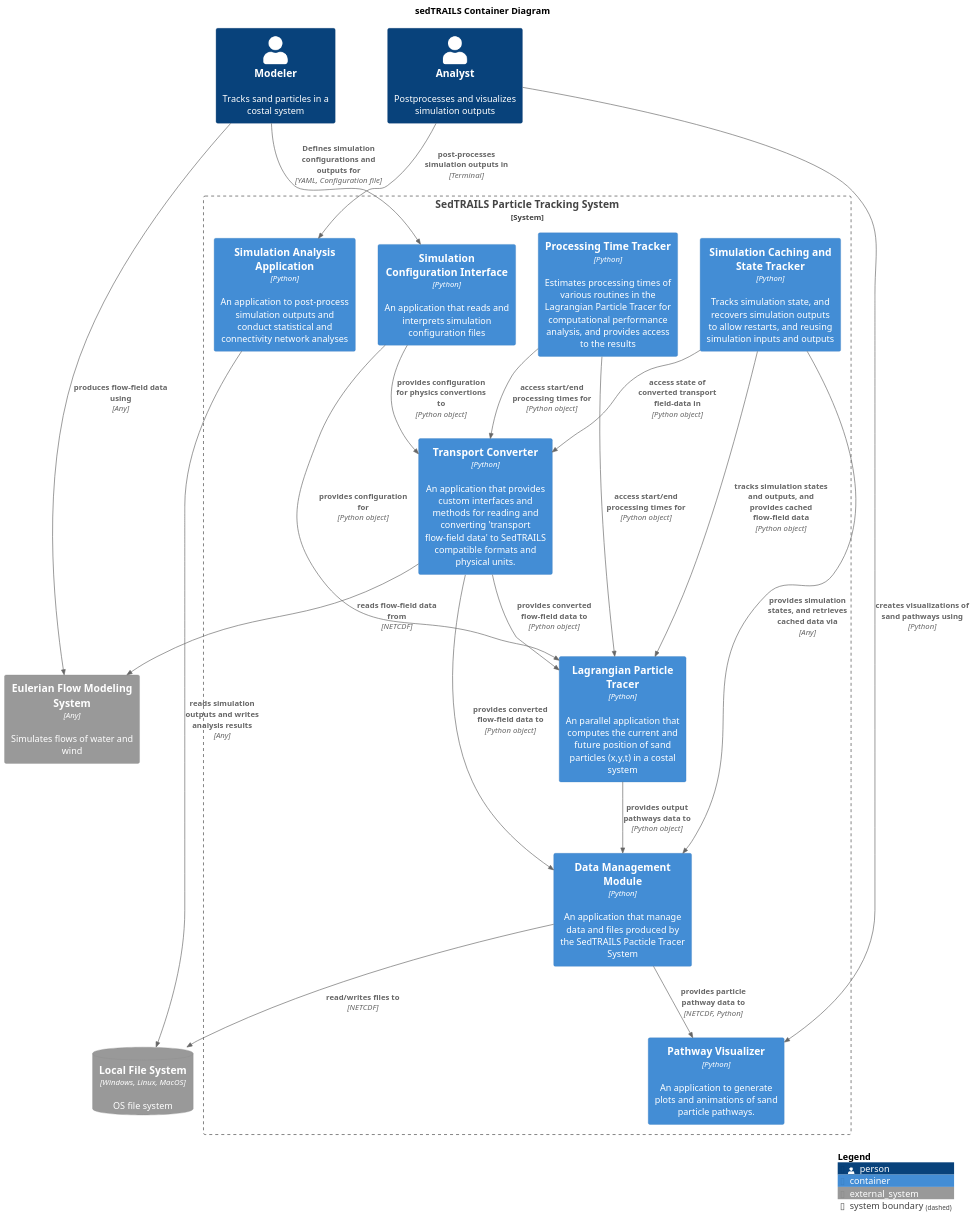
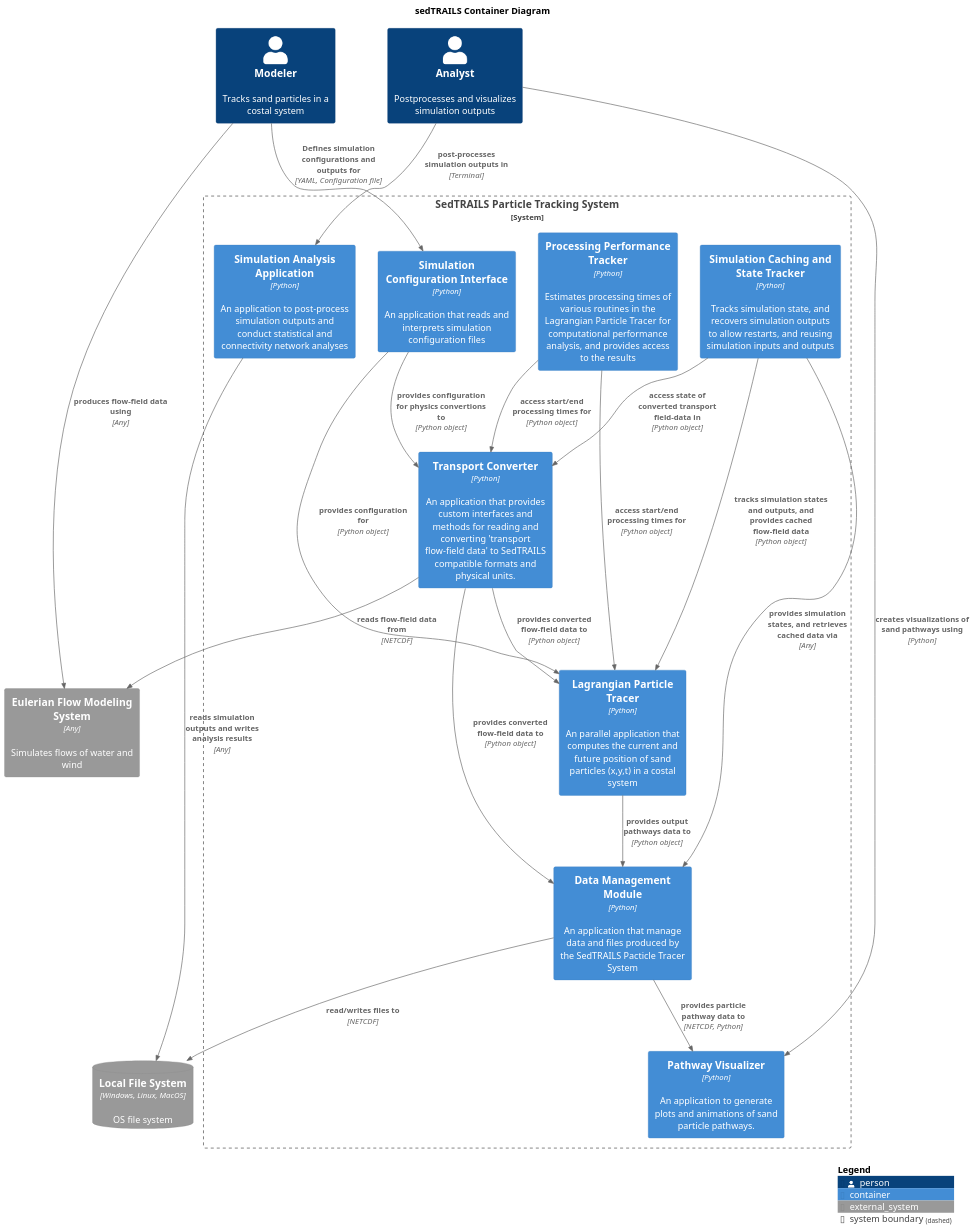
One commit to sgpearson17/sedtrails-sgp changed the diagram in diagrams/containers.puml. Above: the diagram before and after it, drawn with PlantUML.

Commit message:
Rename "Processing Time Tracker" to "Processing Performance Tracker" for clarity in diagrams

```diff
--- a/diagrams/containers.puml
+++ b/diagrams/containers.puml
@@ -1,58 +1,58 @@
 @startuml SedtrailContainer
 !include ./c4/C4_Container.puml
 
 title sedTRAILS Container Diagram
 scale 1.5
 ' LAYOUT_LANDSCAPE()
 
 Person(modeler, "Modeler", "Tracks sand particles in a costal system")
 Person(analyst, "Analyst", "Postprocesses and visualizes simulation outputs")
 
 System_Boundary(sedtrailsSystem, "SedTRAILS Particle Tracking System"){ 
     Container(sedtrailsTracer, "Lagrangian Particle Tracer", "Python", "An parallel application that computes the current and future position of sand particles (x,y,t) in a costal system")
 
     Container(configInterface, "Simulation Configuration Interface", "Python", "An application that reads and interprets simulation configuration files")
 
     Container(transportConverter, "Transport Converter", "Python", "An application that provides custom interfaces and methods for reading and converting 'transport flow-field data' to SedTRAILS compatible formats and physical units.")
     Container(pathwayVisualizer, "Pathway Visualizer", "Python", "An application to generate plots and animations of sand particle pathways.")
     Container(cache, "Simulation Caching and State Tracker", "Python", "Tracks simulation state, and recovers simulation outputs to allow restarts, and reusing simulation inputs and outputs")
     Container(dataManager, "Data Management Module", "Python", "An application that manage data and files produced by the SedTRAILS Pacticle Tracer System")
 
     Container(analystApp, "Simulation Analysis Application", "Python", "An application to post-process simulation outputs and conduct statistical and connectivity network analyses")
 
-    Container(processingTimeTracker, "Processing Time Tracker", "Python", "Estimates processing times of various routines in the Lagrangian Particle Tracer ​for computational performance analysis, and provides access to the results​")
+    Container(processingTimeTracker, "Processing Performance Tracker", "Python", "Estimates processing times of various routines in the Lagrangian Particle Tracer ​for computational performance analysis, and provides access to the results​")
     Rel(processingTimeTracker, transportConverter, "access start/end processing times for", "Python object")
 
     Rel(processingTimeTracker, sedtrailsTracer, "access start/end processing times for", "Python object")
     
  
     Rel(transportConverter, sedtrailsTracer, "provides converted flow-field data to", "Python object")
 
     Rel(cache, sedtrailsTracer, "tracks simulation states and outputs, and provides cached flow-field data", "Python object")
     Rel(cache, transportConverter, "access state of converted transport field-data in", "Python object")
 
     Rel(configInterface, transportConverter, "provides configuration for physics convertions to", "Python object")
     Rel(configInterface, sedtrailsTracer, "provides configuration for", "Python object")
     Rel(sedtrailsTracer, dataManager, "provides output pathways data to", "Python object")
 
     Rel(transportConverter, dataManager, "provides converted flow-field data to", "Python object") 
     Rel(cache, dataManager, "provides simulation states, and retrieves cached data via", "Any") 
 
     Rel(dataManager, pathwayVisualizer, "provides particle pathway data to", "NETCDF, Python")
 }
 System_Ext(flowSystem, "Eulerian Flow Modeling System", "Simulates flows of water and wind", $type="Any")
 
 SystemDb_Ext(fileSystem, "Local File System", "OS file system", $type="Windows, Linux, MacOS")
 
 Rel(dataManager, fileSystem, "read/writes files to", "NETCDF")
 Rel(modeler, configInterface, "Defines simulation configurations and outputs for", "YAML, Configuration file")
 
 Rel(analyst, pathwayVisualizer, "creates visualizations of sand pathways using", "Python")
 Rel(analyst, analystApp, "post-processes simulation outputs in", "Terminal")
 Rel(analystApp, fileSystem, "reads simulation outputs and writes analysis results", "Any")
 
 Rel(modeler, flowSystem, "produces flow-field data using", "Any")
 Rel(transportConverter, flowSystem, "reads flow-field data from", "NETCDF")
 
 SHOW_LEGEND()
 @enduml
```
